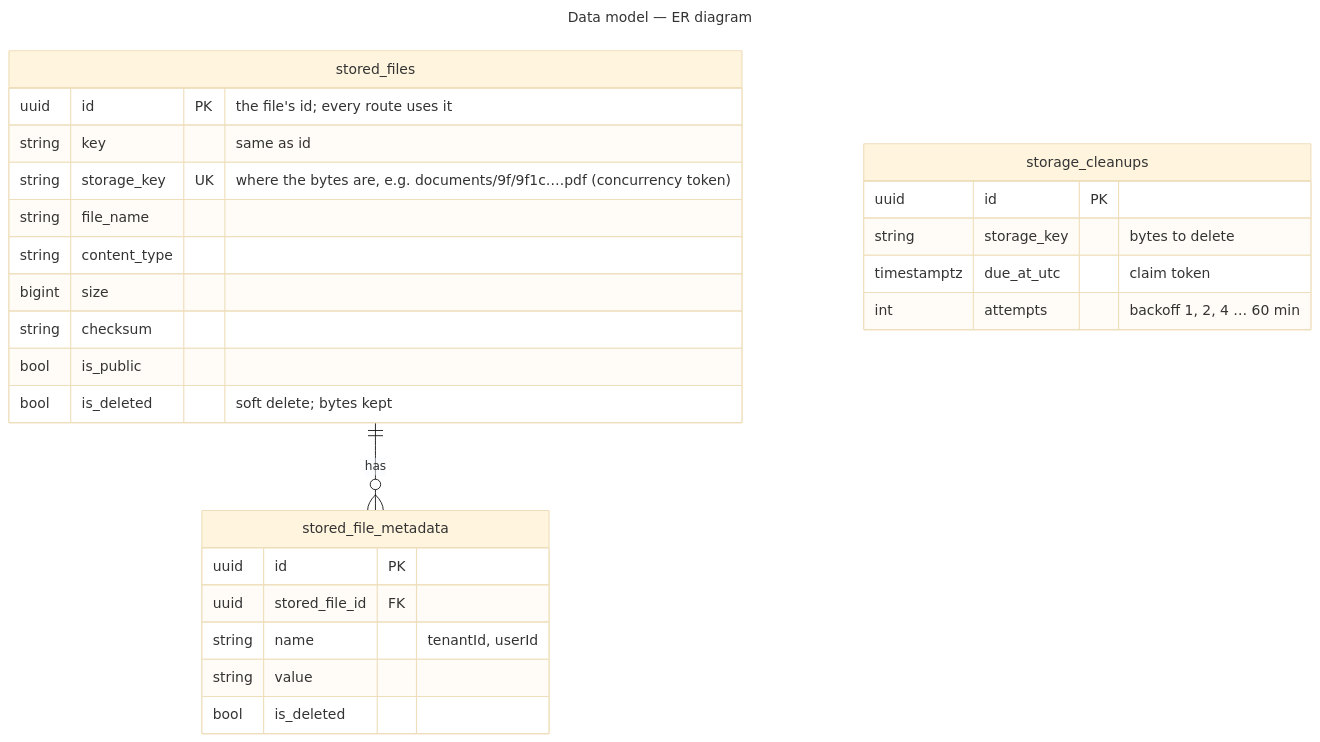
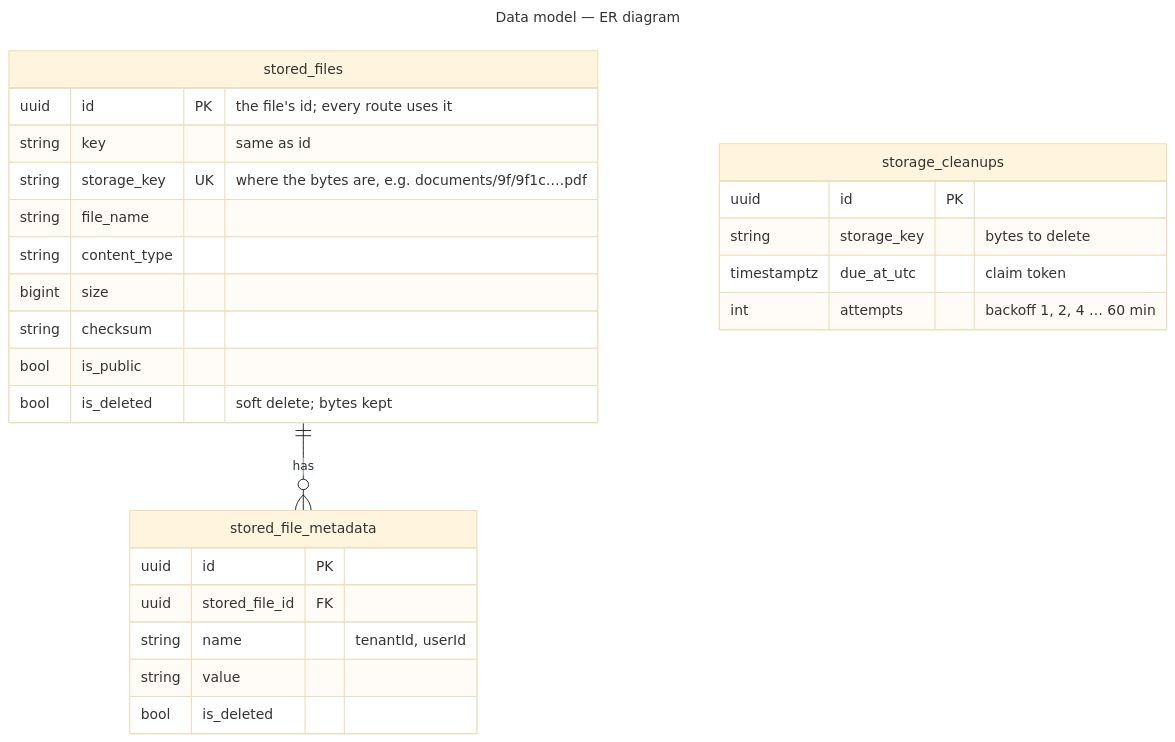
The third of 3 diagrams in docs/architecture.md (gmetskhvarishvili/GM.FileStorage.Samples), drawn with Mermaid (base theme) before and after one commit. The commit also changed 6 other files, not shown here.

````diff
--- a/docs/architecture.md
+++ b/docs/architecture.md
@@ -93,31 +93,31 @@
 ```mermaid
 ---
 title: Data model — ER diagram
 ---
 erDiagram
     stored_files ||--o{ stored_file_metadata : has
     stored_files {
         uuid id PK "the file's id; every route uses it"
         string key "same as id"
-        string storage_key UK "where the bytes are, e.g. documents/9f/9f1c….pdf (concurrency token)"
+        string storage_key UK "where the bytes are, e.g. documents/9f/9f1c….pdf"
         string file_name
         string content_type
         bigint size
         string checksum
         bool is_public
         bool is_deleted "soft delete; bytes kept"
     }
     stored_file_metadata {
         uuid id PK
         uuid stored_file_id FK
         string name "tenantId, userId"
         string value
         bool is_deleted
     }
     storage_cleanups {
         uuid id PK
         string storage_key "bytes to delete"
         timestamptz due_at_utc "claim token"
         int attempts "backoff 1, 2, 4 … 60 min"
     }
 ```
````
